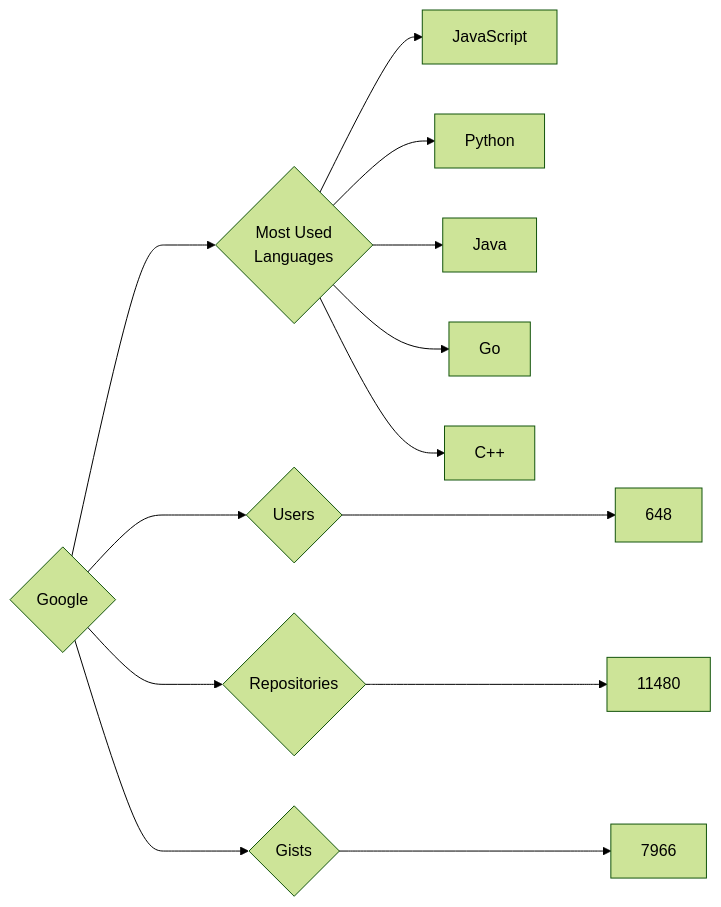
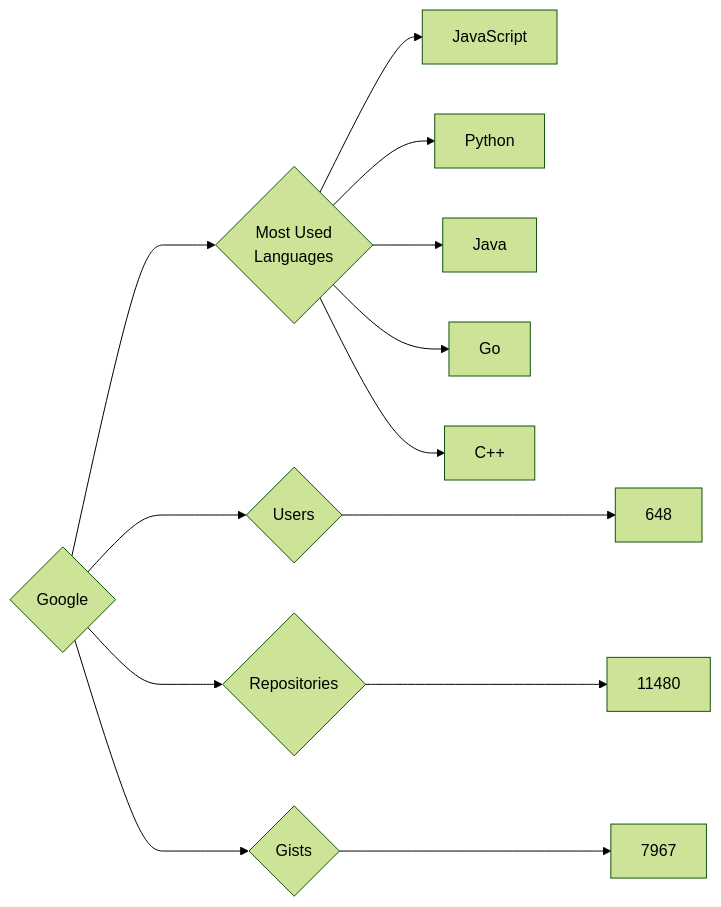
Before and after one commit to trickest/insiders: the diagram in targets/Google/README.md, drawn with Mermaid (forest theme). The commit also changed 775 other files, not shown here.

````diff
--- a/targets/Google/README.md
+++ b/targets/Google/README.md
@@ -3,13 +3,13 @@
 ```mermaid
 graph LR
 COMPANY_NAME{Google}
 COMPANY_NAME ---> U{Users} ---> UN[648]
 COMPANY_NAME ---> R{Repositories} ---> RN[11480]
-COMPANY_NAME ---> G{Gists} ---> GN[7966]
+COMPANY_NAME ---> G{Gists} ---> GN[7967]
 COMPANY_NAME ---> ML{Most Used<br>Languages}
 ML --> JavaScript[JavaScript]
 ML --> Python[Python]
 ML --> Java[Java]
 ML --> Go[Go]
 ML --> C++[C++]
 ```
````
